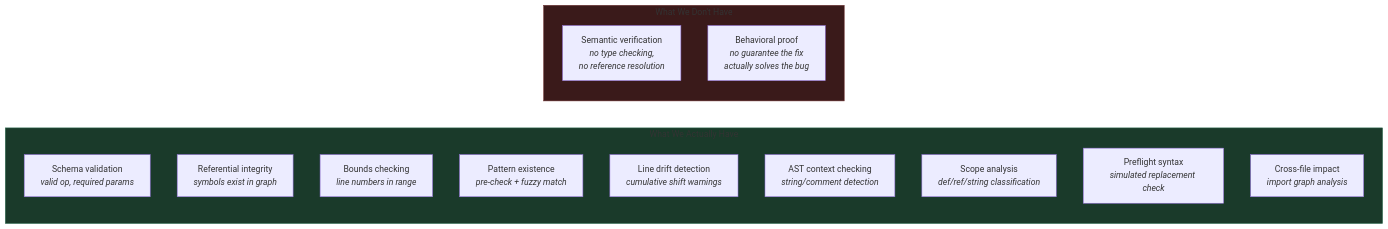
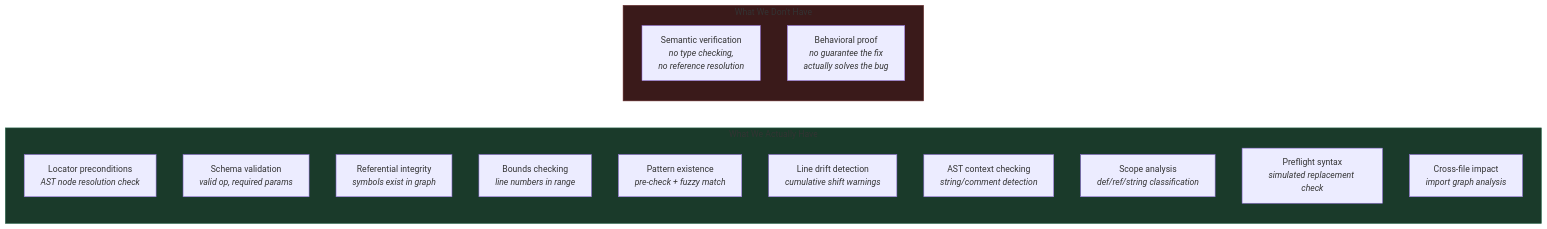
Before and after one commit to toreleon/graph-transform-agent: the fifth of 15 diagrams in _bmad-output/research/graphplan-architecture.md, drawn with Mermaid. The commit also changed other lines of this file and 4 other files, not shown here.

First line of the commit message:
Feat(GraphPlan): Implement AST-node transformation primitives with locator system

````diff
--- a/_bmad-output/research/graphplan-architecture.md
+++ b/_bmad-output/research/graphplan-architecture.md
@@ -589,22 +681,23 @@
 ```mermaid
 flowchart LR
     subgraph Actually ["What We Actually Have"]
+        A0b["Locator preconditions<br/><i>AST node resolution check</i>"]
         A1["Schema validation<br/><i>valid op, required params</i>"]
         A2["Referential integrity<br/><i>symbols exist in graph</i>"]
         A3["Bounds checking<br/><i>line numbers in range</i>"]
         A4["Pattern existence<br/><i>pre-check + fuzzy match</i>"]
         A5["Line drift detection<br/><i>cumulative shift warnings</i>"]
         A6["AST context checking<br/><i>string/comment detection</i>"]
         A7["Scope analysis<br/><i>def/ref/string classification</i>"]
         A8["Preflight syntax<br/><i>simulated replacement check</i>"]
         A9["Cross-file impact<br/><i>import graph analysis</i>"]
     end
 
     subgraph Not ["What We Don't Have"]
         N1["Semantic verification<br/><i>no type checking,<br/>no reference resolution</i>"]
         N2["Behavioral proof<br/><i>no guarantee the fix<br/>actually solves the bug</i>"]
     end
 
     style Actually fill:#1a3a2a,stroke:#2d6a4f
     style Not fill:#3a1a1a,stroke:#6a2d2d
 ```
````
